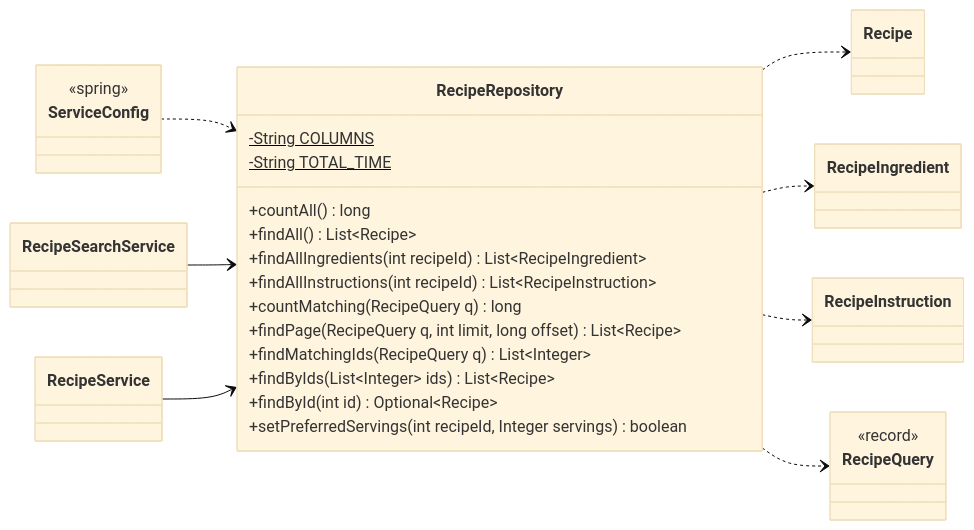
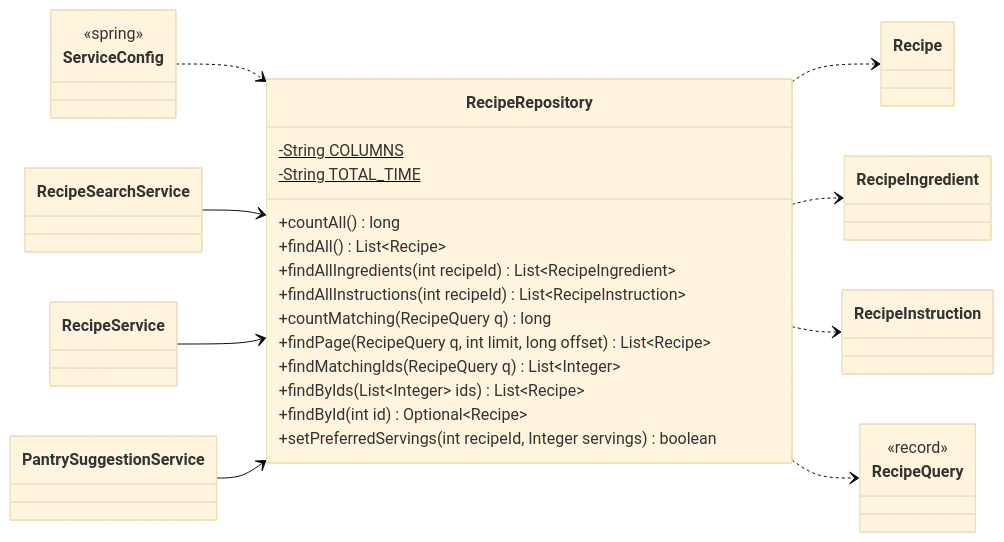
One commit to Nate-ryan-7690/dahaem changed diagram 17 of 26 in docs/classes/mealplanner.md. Above: the diagram before and after it, drawn with Mermaid (base theme). The commit also changed other lines of this file and 23 other files, not shown here.

First line of the commit message:
Pantry-first suggestions: GET /api/suggestions/pantry (use up the pantry, fewest to buy, offers per store)

````diff
--- a/docs/classes/mealplanner.md
+++ b/docs/classes/mealplanner.md
@@ -1026,36 +1030,38 @@
 ```mermaid
 classDiagram
     direction LR
     class mealplanner_RecipeRepository["RecipeRepository"] {
         +countAll() long
         +findAll() List~Recipe~
         +findAllIngredients(int recipeId) List~RecipeIngredient~
         +findAllInstructions(int recipeId) List~RecipeInstruction~
         -String COLUMNS$
         -String TOTAL_TIME$
         +countMatching(RecipeQuery q) long
         +findPage(RecipeQuery q, int limit, long offset) List~Recipe~
         +findMatchingIds(RecipeQuery q) List~Integer~
         +findByIds(List~Integer~ ids) List~Recipe~
         +findById(int id) Optional~Recipe~
         +setPreferredServings(int recipeId, Integer servings) boolean
     }
     class mealplanner_RecipeSearchService["RecipeSearchService"]
     class mealplanner_RecipeService["RecipeService"]
+    class suggestions_PantrySuggestionService["PantrySuggestionService"]
     class mealplanner_Recipe["Recipe"]
     class mealplanner_RecipeIngredient["RecipeIngredient"]
     class mealplanner_RecipeInstruction["RecipeInstruction"]
     class mealplanner_RecipeQuery["RecipeQuery"] {
         <<record>>
     }
     class api_ServiceConfig["ServiceConfig"] {
         <<spring>>
     }
     mealplanner_RecipeRepository ..> mealplanner_Recipe
     mealplanner_RecipeRepository ..> mealplanner_RecipeIngredient
     mealplanner_RecipeRepository ..> mealplanner_RecipeInstruction
     mealplanner_RecipeRepository ..> mealplanner_RecipeQuery
     api_ServiceConfig ..> mealplanner_RecipeRepository
     mealplanner_RecipeSearchService --> mealplanner_RecipeRepository
     mealplanner_RecipeService --> mealplanner_RecipeRepository
+    suggestions_PantrySuggestionService --> mealplanner_RecipeRepository
 ```
````
